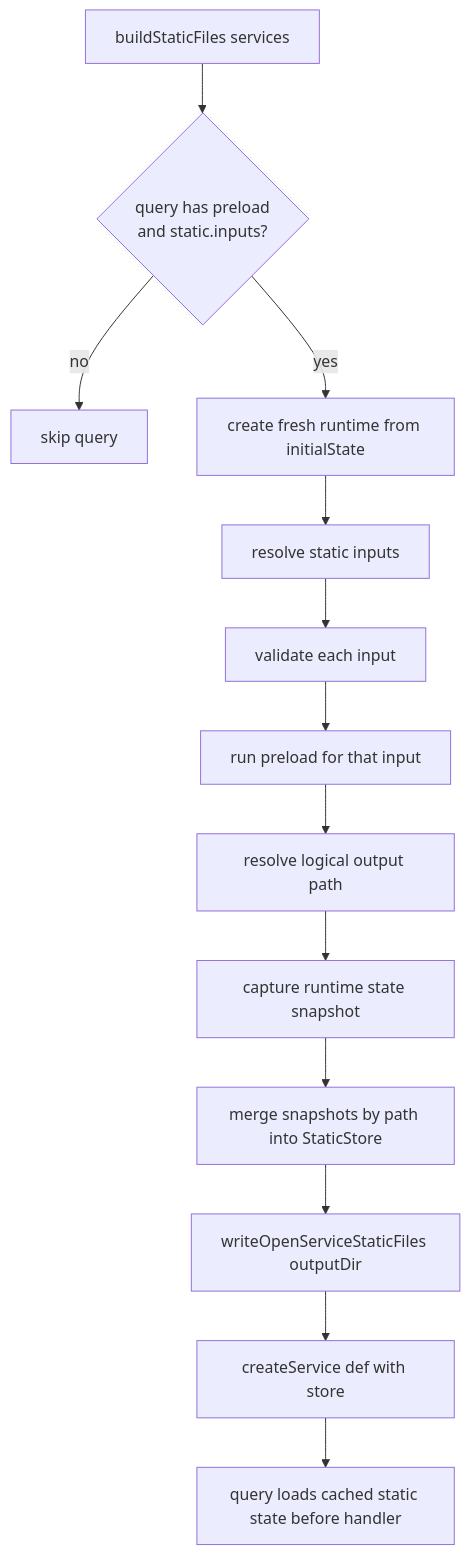
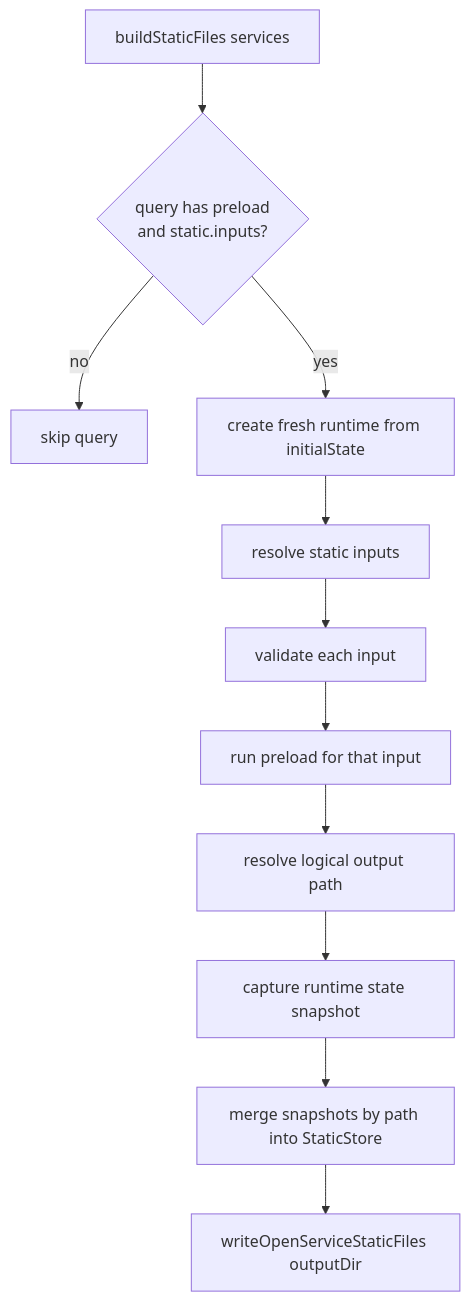
One commit to storybookjs/storybook changed the fourth of 4 diagrams in code/core/src/shared/open-service/README.md. Above: the diagram before and after it, drawn with Mermaid. The commit also changed other lines of this file and 8 other files, not shown here.

````diff
--- a/code/core/src/shared/open-service/README.md
+++ b/code/core/src/shared/open-service/README.md
@@ -264,15 +260,13 @@
 ```mermaid
 flowchart TD
   A[buildStaticFiles services] --> B{query has preload\nand static.inputs?}
   B -- no --> C[skip query]
   B -- yes --> D[create fresh runtime from initialState]
   D --> E[resolve static inputs]
   E --> F[validate each input]
   F --> G[run preload for that input]
   G --> H[resolve logical output path]
   H --> I[capture runtime state snapshot]
   I --> J[merge snapshots by path into StaticStore]
   J --> K[writeOpenServiceStaticFiles outputDir]
-  K --> L[createService def with store]
-  L --> M[query loads cached static state before handler]
 ```
````
